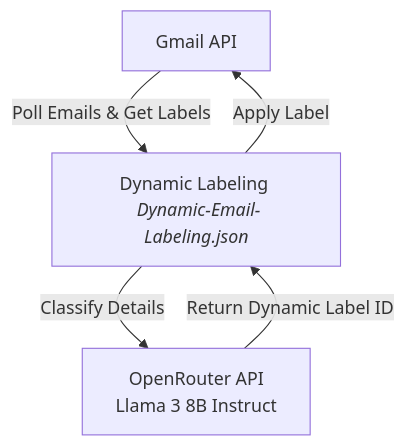
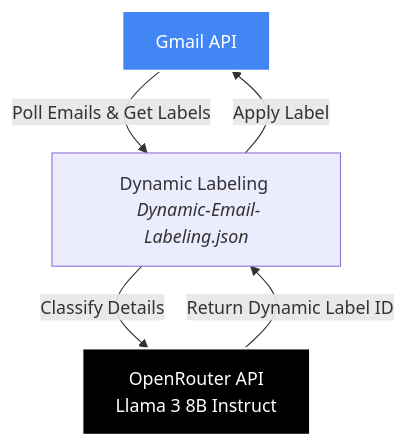
The third of 3 diagrams in README.md (Manojkumarw13/N8N-Email-Labeling), drawn with Mermaid before and after one commit. The commit also changed other lines of this file, not shown here.

````diff
--- a/README.md
+++ b/README.md
@@ -37,7 +79,12 @@
 ```mermaid
 graph TD
     G[Gmail API] -->|Poll Emails & Get Labels| W3[Dynamic Labeling <br> <i>Dynamic-Email-Labeling.json</i>]
     W3 -->|Classify Details| OR[OpenRouter API <br> Llama 3 8B Instruct]
     OR -->|Return Dynamic Label ID| W3
     W3 -->|Apply Label| G
+
+    classDef api fill:#4285F4,color:white,stroke:#fff,stroke-width:2px;
+    classDef ai fill:#000000,color:white,stroke:#fff,stroke-width:2px;
+    class G api;
+    class OR ai;
 ```
````
